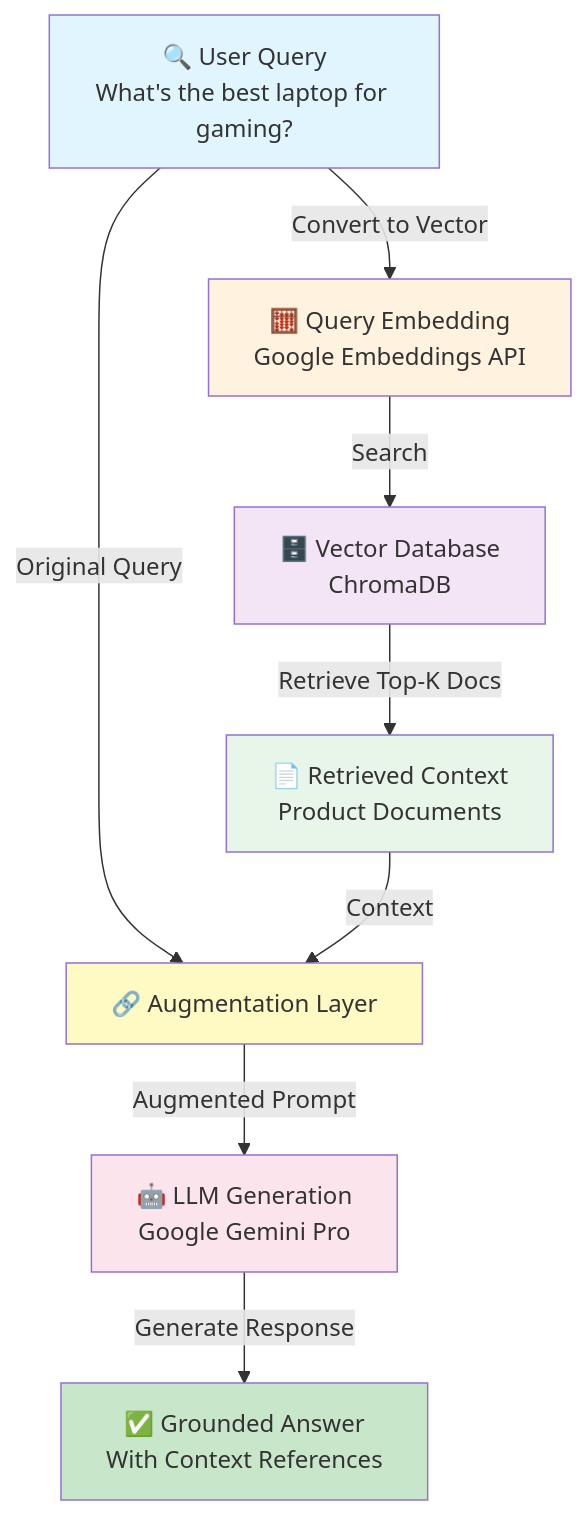
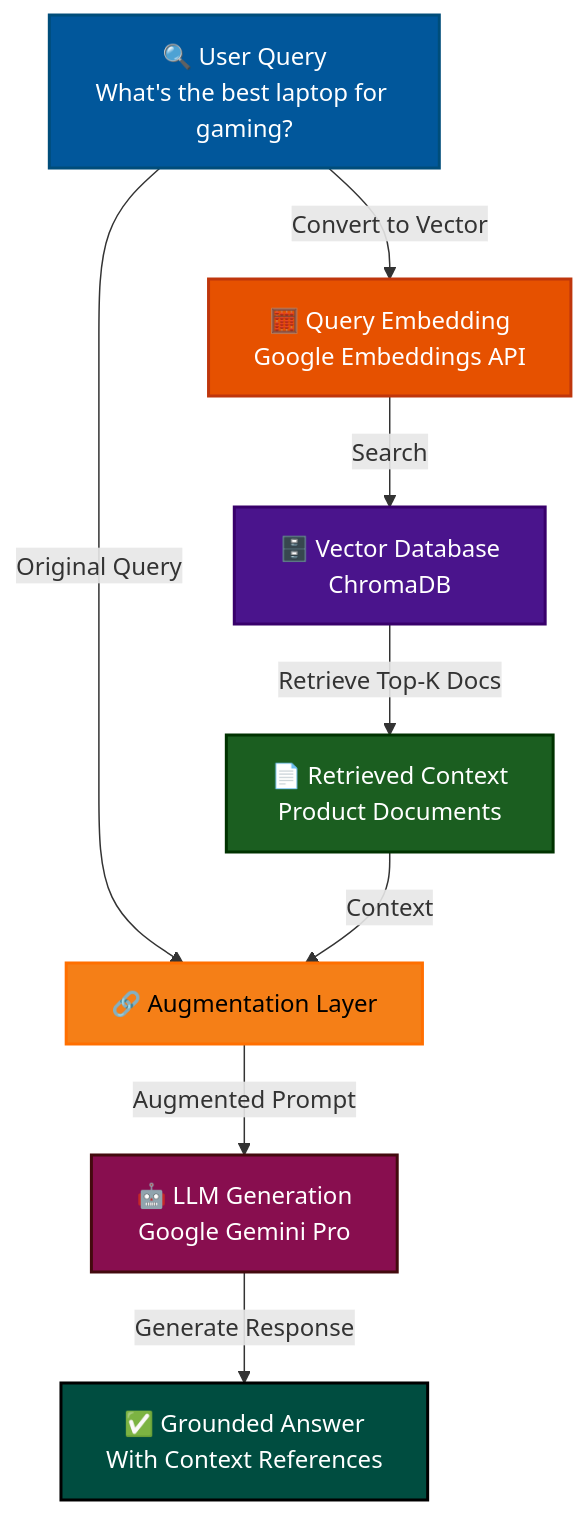
One commit to SurajBisht105/Ecommerce-RAG changed the diagram in README.md. Above: the diagram before and after it, drawn with Mermaid.

Commit message:
update readme fil Architecture

````diff
--- a/README.md
+++ b/README.md
@@ -37,20 +37,20 @@
 ```mermaid
 graph TD
     A["🔍 User Query<br/>What's the best laptop for gaming?"] -->|Convert to Vector| B["🧮 Query Embedding<br/>Google Embeddings API"]
     B -->|Search| C["🗄️ Vector Database<br/>ChromaDB"]
     C -->|Retrieve Top-K Docs| D["📄 Retrieved Context<br/>Product Documents"]
 
     A -->|Original Query| E["🔗 Augmentation Layer"]
     D -->|Context| E
 
     E -->|Augmented Prompt| F["🤖 LLM Generation<br/>Google Gemini Pro"]
     F -->|Generate Response| G["✅ Grounded Answer<br/>With Context References"]
 
-    style A fill:#e1f5ff
-    style B fill:#fff3e0
-    style C fill:#f3e5f5
-    style D fill:#e8f5e9
-    style E fill:#fff9c4
-    style F fill:#fce4ec
-    style G fill:#c8e6c9
+    style A fill:#01579b,stroke:#004d7a,stroke-width:2px,color:#fff
+    style B fill:#e65100,stroke:#bf360c,stroke-width:2px,color:#fff
+    style C fill:#4a148c,stroke:#38006b,stroke-width:2px,color:#fff
+    style D fill:#1b5e20,stroke:#003300,stroke-width:2px,color:#fff
+    style E fill:#f57f17,stroke:#ff6f00,stroke-width:2px,color:#000
+    style F fill:#880e4f,stroke:#430a0e,stroke-width:2px,color:#fff
+    style G fill:#004d40,stroke:#000000,stroke-width:2px,color:#fff
 ```
````
